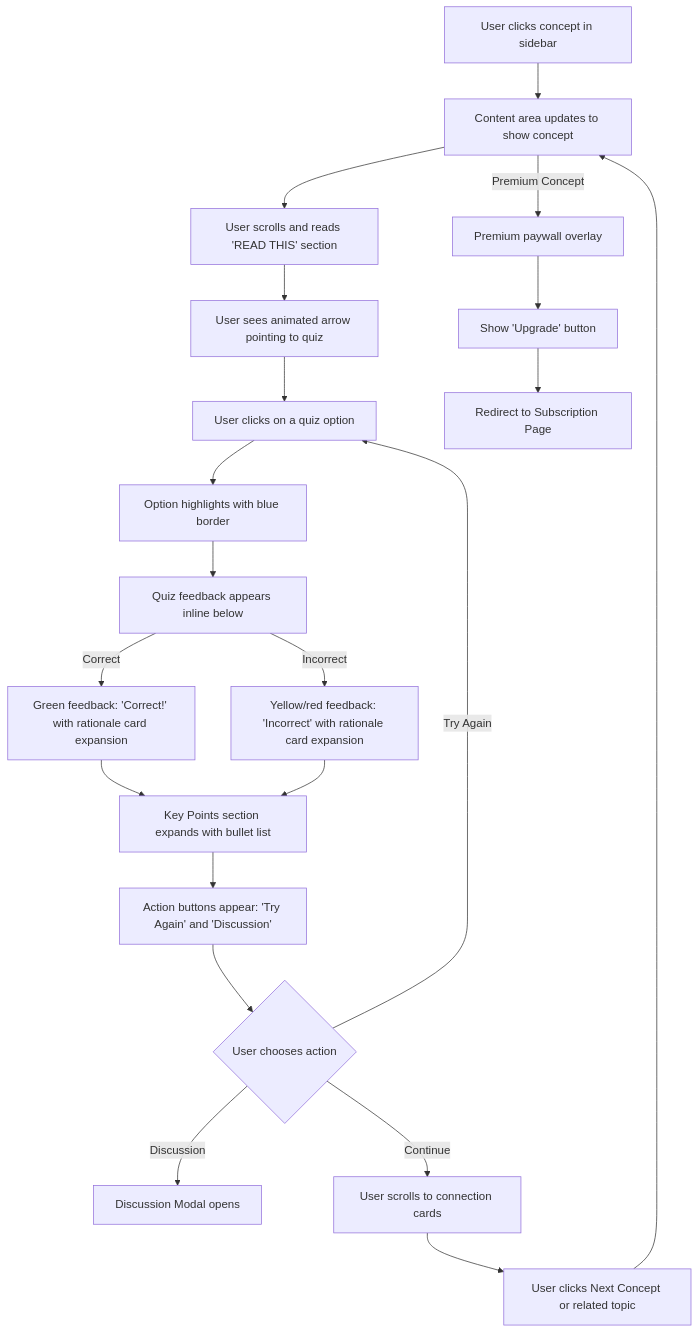
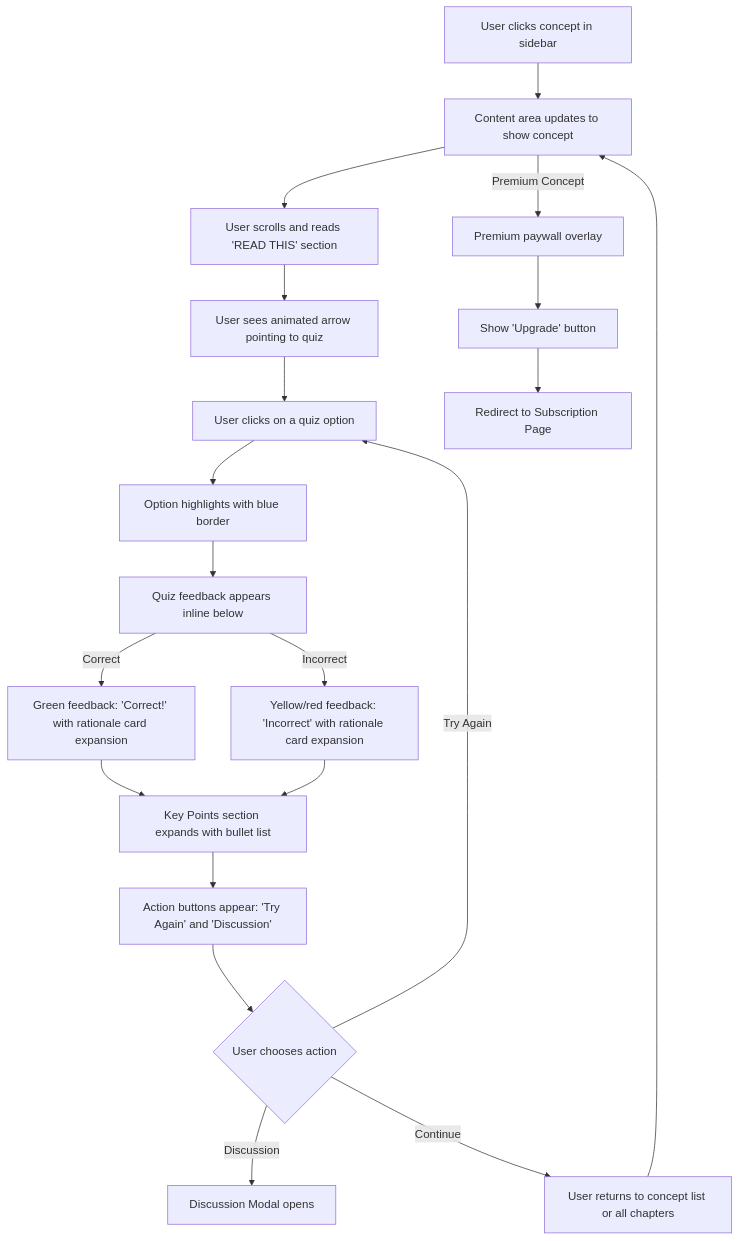
One commit to knu2/nclex311-web changed the third of 6 diagrams in docs/front-end-spec.md. Above: the diagram before and after it, drawn with Mermaid. The commit also changed other lines of this file and 3 other files, not shown here.

````diff
--- a/docs/front-end-spec.md
+++ b/docs/front-end-spec.md
@@ -120,24 +120,23 @@
 ```mermaid
 graph TD
     A[User clicks concept in sidebar] --> B[Content area updates to show concept];
     B --> C[User scrolls and reads 'READ THIS' section];
     C --> D[User sees animated arrow pointing to quiz];
     D --> E[User clicks on a quiz option];
     E --> F[Option highlights with blue border];
     F --> G[Quiz feedback appears inline below];
     G -- Correct --> H[Green feedback: 'Correct!' with rationale card expansion];
     G -- Incorrect --> I[Yellow/red feedback: 'Incorrect' with rationale card expansion];
     H --> J[Key Points section expands with bullet list];
     I --> J;
     J --> K[Action buttons appear: 'Try Again' and 'Discussion'];
     K --> L{User chooses action};
     L -- Try Again --> E;
     L -- Discussion --> M[Discussion Modal opens];
-    L -- Continue --> N[User scrolls to connection cards];
-    N --> O[User clicks Next Concept or related topic];
-    O --> B;
+    L -- Continue --> N[User returns to concept list or all chapters];
+    N --> B;
     
     B -- Premium Concept --> P[Premium paywall overlay];
     P --> Q[Show 'Upgrade' button];
     Q --> R[Redirect to Subscription Page];
 ```
````
